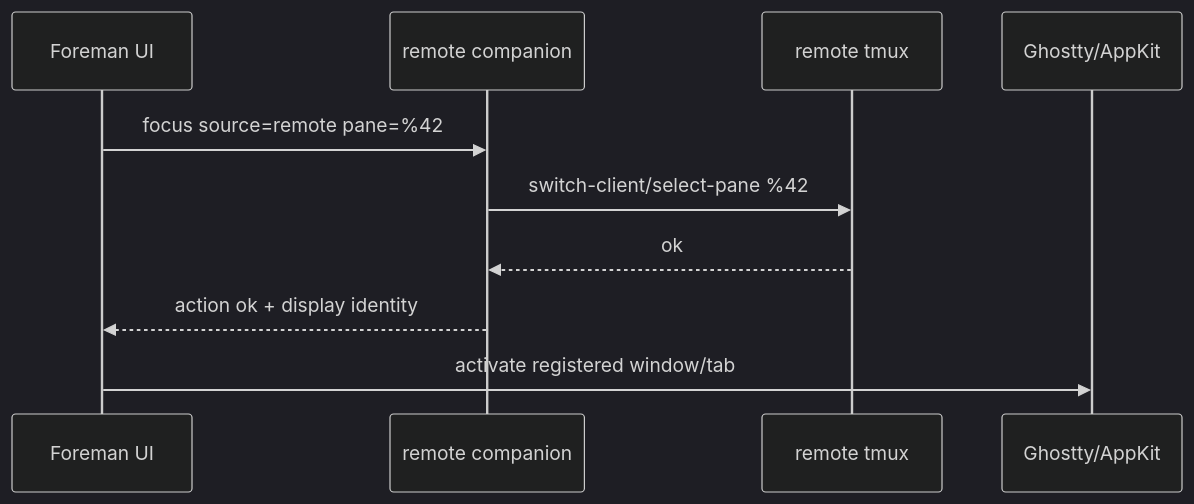
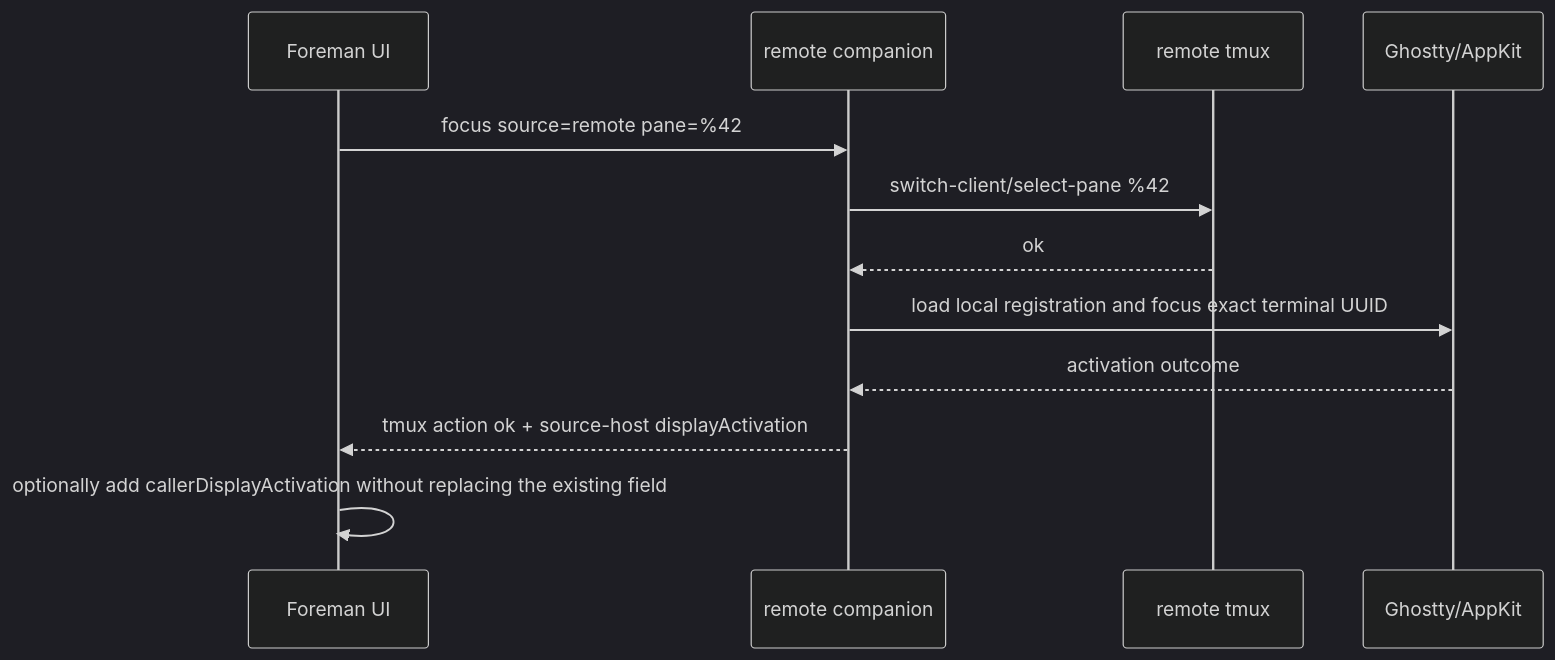
The eighth of 8 diagrams in docs/decisions/0004-source-companion-relay.md (safurrier/foreman), drawn with Mermaid (dark theme) before and after one commit. The commit also changed other lines of this file and 23 other files, not shown here.

First line of the commit message:
Register exact Ghostty display identities (#35)

````diff
--- a/docs/decisions/0004-source-companion-relay.md
+++ b/docs/decisions/0004-source-companion-relay.md
@@ -492,13 +490,15 @@
 ```mermaid
 sequenceDiagram
     participant UI as Foreman UI
     participant Companion as remote companion
     participant Tmux as remote tmux
     participant Display as Ghostty/AppKit
 
     UI->>Companion: focus source=remote pane=%42
     Companion->>Tmux: switch-client/select-pane %42
     Tmux-->>Companion: ok
-    Companion-->>UI: action ok + display identity
-    UI->>Display: activate registered window/tab
+    Companion->>Display: load local registration and focus exact terminal UUID
+    Display-->>Companion: activation outcome
+    Companion-->>UI: tmux action ok + source-host displayActivation
+    UI->>UI: optionally add callerDisplayActivation without replacing the existing field
 ```
````
